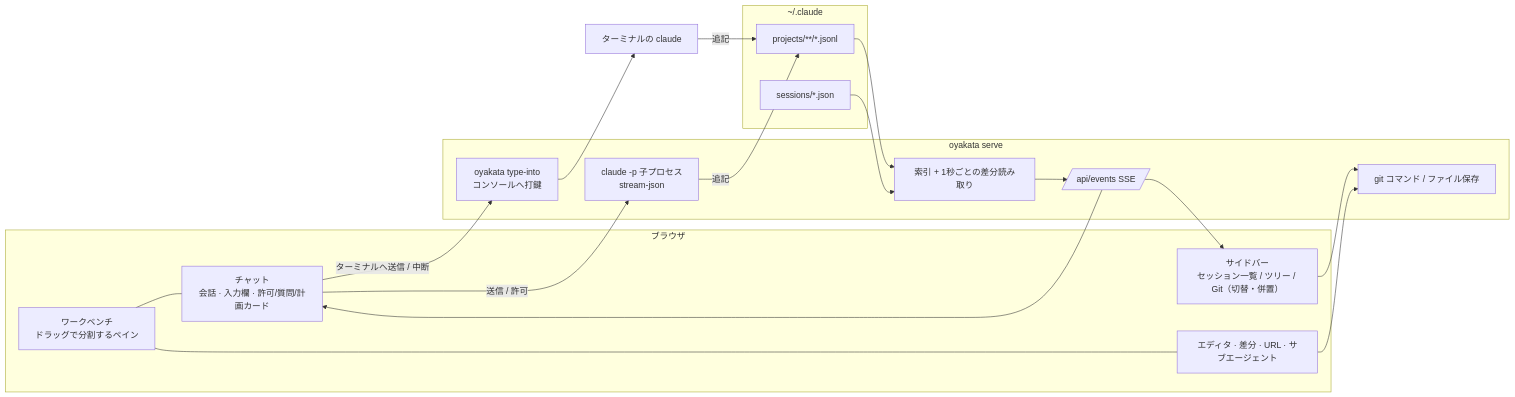
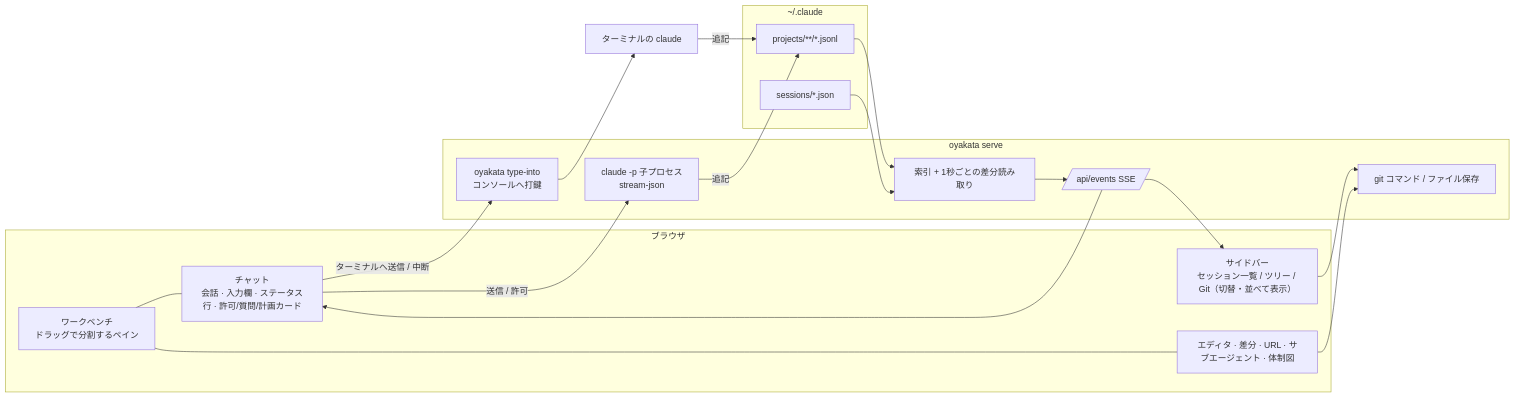
The diagram in README.md (ShintaroOba/oyakata), drawn with Mermaid before and after one commit. The commit also changed other lines of this file and 21 other files, not shown here.

````diff
--- a/README.md
+++ b/README.md
@@ -77,30 +89,30 @@
 ```mermaid
 flowchart LR
   subgraph browser[ブラウザ]
-    SB[サイドバー<br/>セッション一覧 / ツリー / Git（切替・併置）]
+    SB[サイドバー<br/>セッション一覧 / ツリー / Git（切替・並べて表示）]
     WB[ワークベンチ<br/>ドラッグで分割するペイン]
-    CH[チャット<br/>会話 · 入力欄 · 許可/質問/計画カード]
-    ED[エディタ · 差分 · URL · サブエージェント]
+    CH[チャット<br/>会話 · 入力欄 · ステータス行 · 許可/質問/計画カード]
+    ED[エディタ · 差分 · URL · サブエージェント · 体制図]
     WB --- CH
     WB --- ED
   end
   subgraph oyakata[oyakata serve]
     IDX[索引 + 1秒ごとの差分読み取り]
     RUN[claude -p 子プロセス<br/>stream-json]
     GIT[git コマンド / ファイル保存]
     TYP[oyakata type-into<br/>コンソールへ打鍵]
     SSE[/api/events SSE/]
   end
   subgraph claude[~/.claude]
     P[projects/**/*.jsonl]
     S[sessions/*.json]
   end
   TERM[ターミナルの claude]
   P --> IDX --> SSE --> SB
   S --> IDX
   SSE --> CH
   CH -->|送信 / 許可| RUN -->|追記| P
   CH -->|ターミナルへ送信 / 中断| TYP --> TERM -->|追記| P
   SB --> GIT
   ED --> GIT
 ```
````
